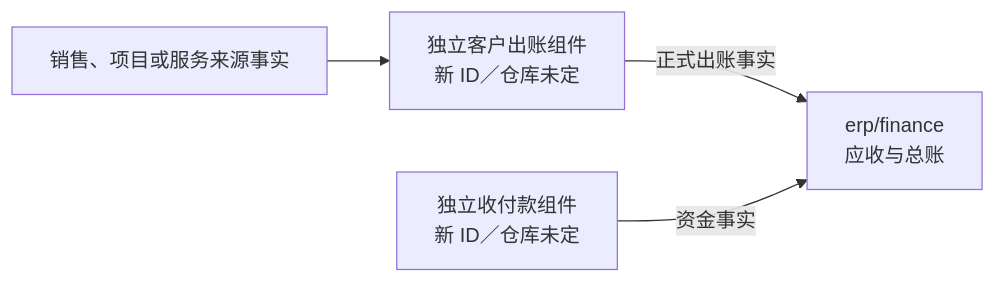
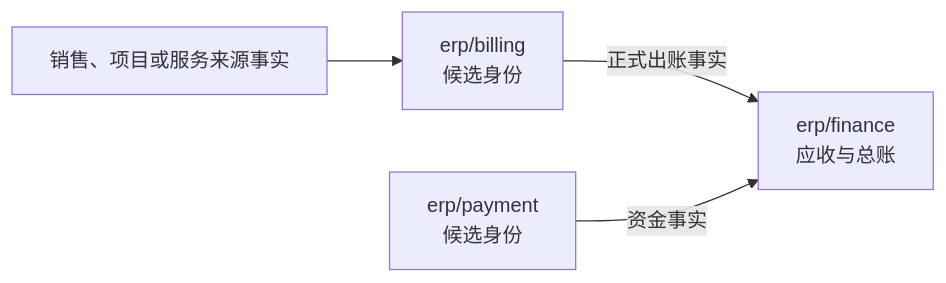
Before and after one commit to brickKit/be-assembly-standard: the third of 4 diagrams in tempDocs/replacements/finance-and-settlement.md, drawn with Mermaid. The commit also changed other lines of this file and 25 other files, not shown here.

````diff
--- a/tempDocs/replacements/finance-and-settlement.md
+++ b/tempDocs/replacements/finance-and-settlement.md
@@ -102,6 +102,6 @@
 ```mermaid
 flowchart LR
-    S[销售、项目或服务来源事实] --> B[独立客户出账组件<br/>新 ID／仓库未定]
+    S[销售、项目或服务来源事实] --> B[erp/billing<br/>候选身份]
     B -->|正式出账事实| F[erp/finance<br/>应收与总账]
-    R[独立收付款组件<br/>新 ID／仓库未定] -->|资金事实| F
+    R[erp/payment<br/>候选身份] -->|资金事实| F
 ```
````
